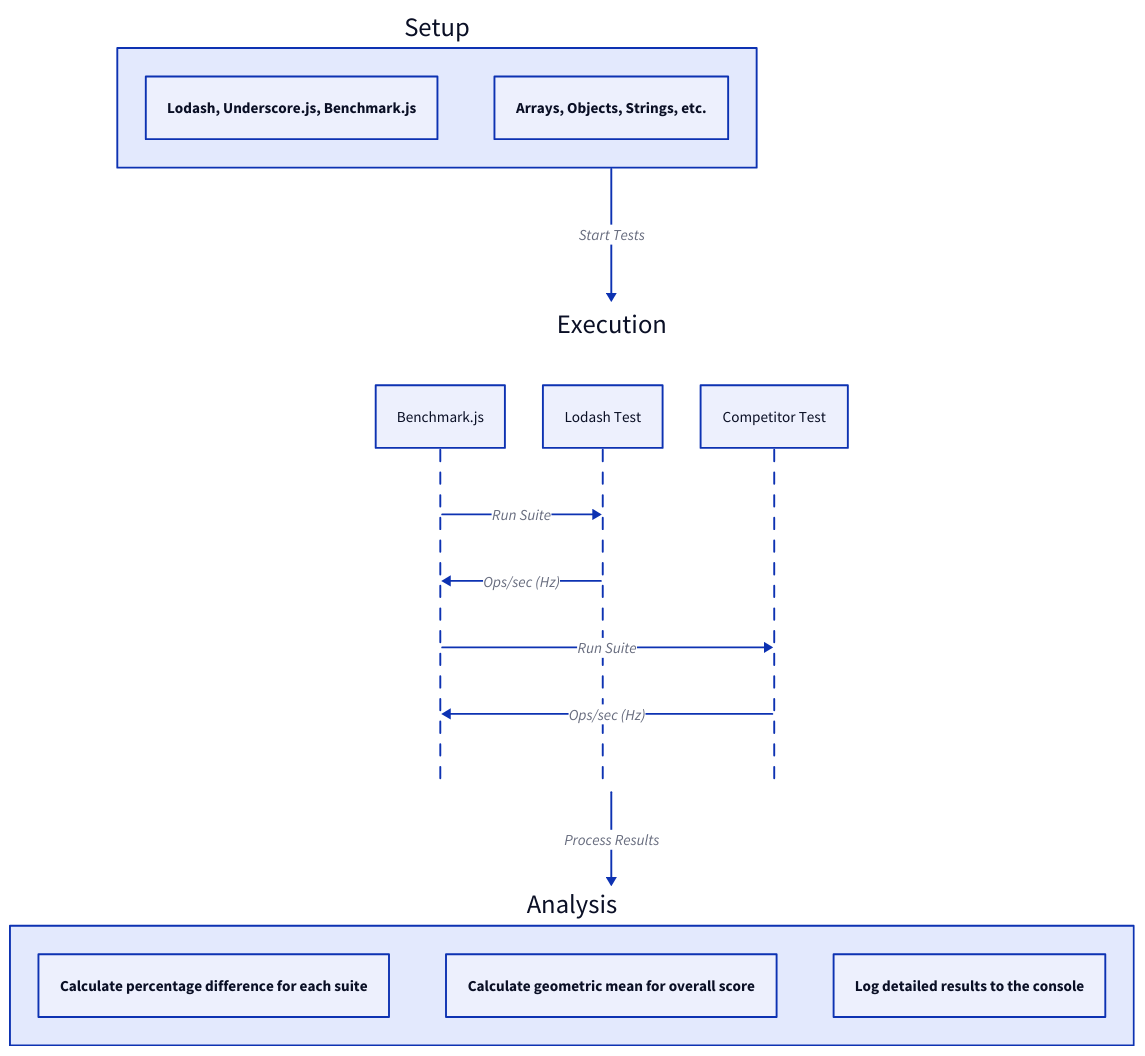
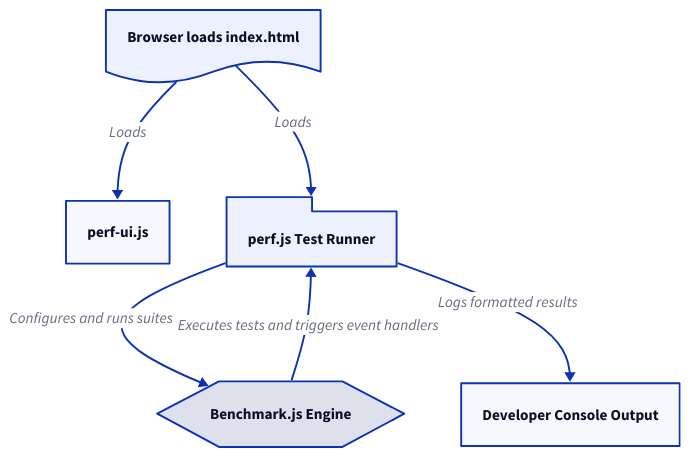
One commit to lban2049/lodash changed the diagram in .aigne/doc-smith/docs/guides-performance.md. Above: the diagram before and after it, drawn with D2. The commit also changed other lines of this file and 40 other files, not shown here.

````diff
--- a/.aigne/doc-smith/docs/guides-performance.md
+++ b/.aigne/doc-smith/docs/guides-performance.md
@@ -11,29 +39,34 @@
 ```d2
 direction: down
 
-"Setup": {
-  "Load Libraries": "Lodash, Underscore.js, Benchmark.js"
-  "Prepare Data": "Arrays, Objects, Strings, etc."
+"index.html": {
+  label: "Browser loads index.html"
+  shape: document
 }
 
-"Execution": {
-  shape: sequence_diagram
-
-  "Benchmark.js": {}
-
-  "Benchmark.js" -> "Lodash Test": "Run Suite"
-  "Lodash Test" -> "Benchmark.js": "Ops/sec (Hz)"
-
-  "Benchmark.js" -> "Competitor Test": "Run Suite"
-  "Competitor Test" -> "Benchmark.js": "Ops/sec (Hz)"
+"perf-ui.js": {
+  label: "perf-ui.js"
+  shape: rectangle
 }
 
-"Analysis": {
-  "Compare Results": "Calculate percentage difference for each suite"
-  "Aggregate Score": "Calculate geometric mean for overall score"
-  "Generate Report": "Log detailed results to the console"
+"perf.js": {
+  label: "perf.js Test Runner"
+  shape: package
 }
 
-"Setup" -> "Execution": "Start Tests"
-"Execution" -> "Analysis": "Process Results"
+"Benchmark.js": {
+  label: "Benchmark.js Engine"
+  shape: hexagon
+}
+
+"console": {
+  label: "Developer Console Output"
+  shape: rectangle
+}
+
+"index.html" -> "perf-ui.js": "Loads"
+"index.html" -> "perf.js": "Loads"
+"perf.js" -> "Benchmark.js": "Configures and runs suites"
+"Benchmark.js" -> "perf.js": "Executes tests and triggers event handlers"
+"perf.js" -> "console": "Logs formatted results"
 ```
````
